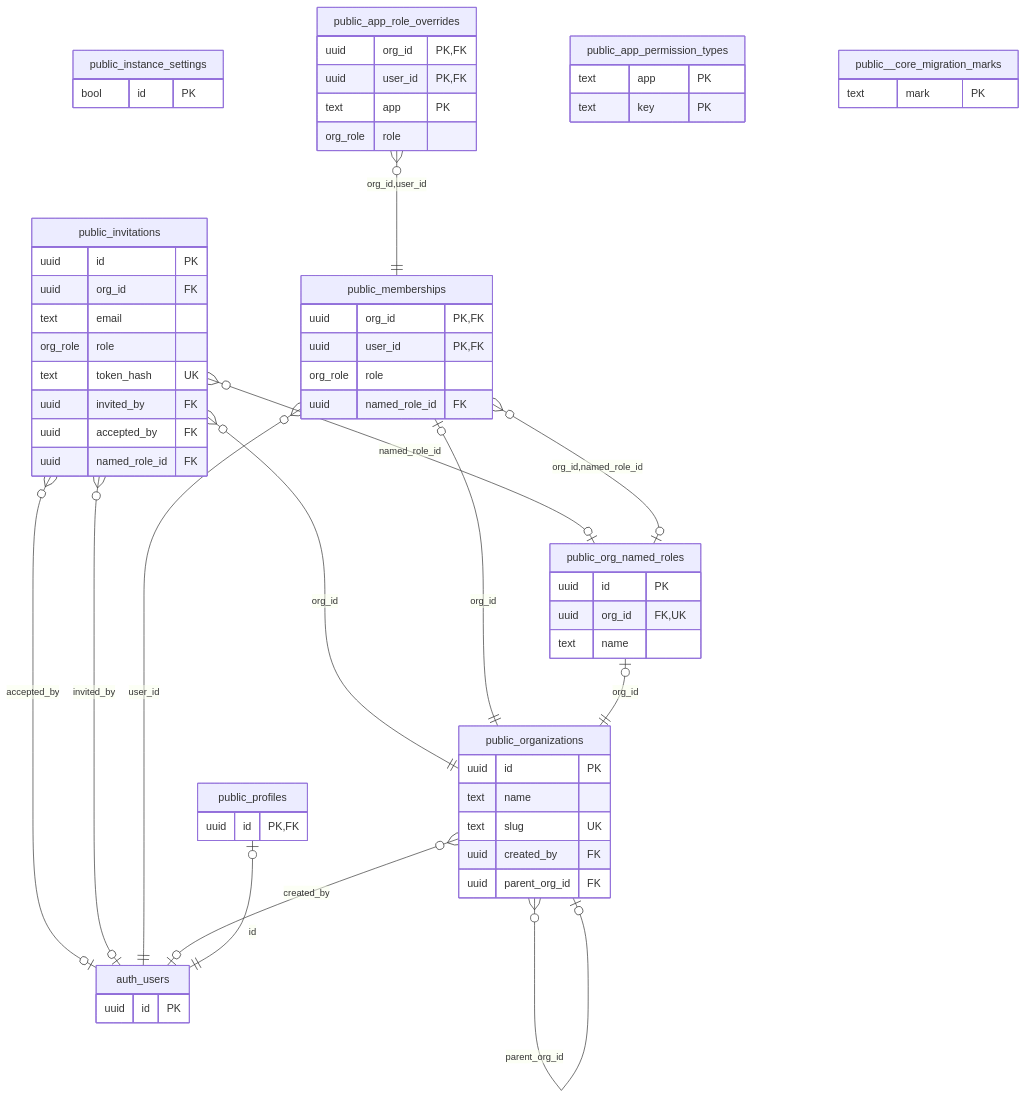
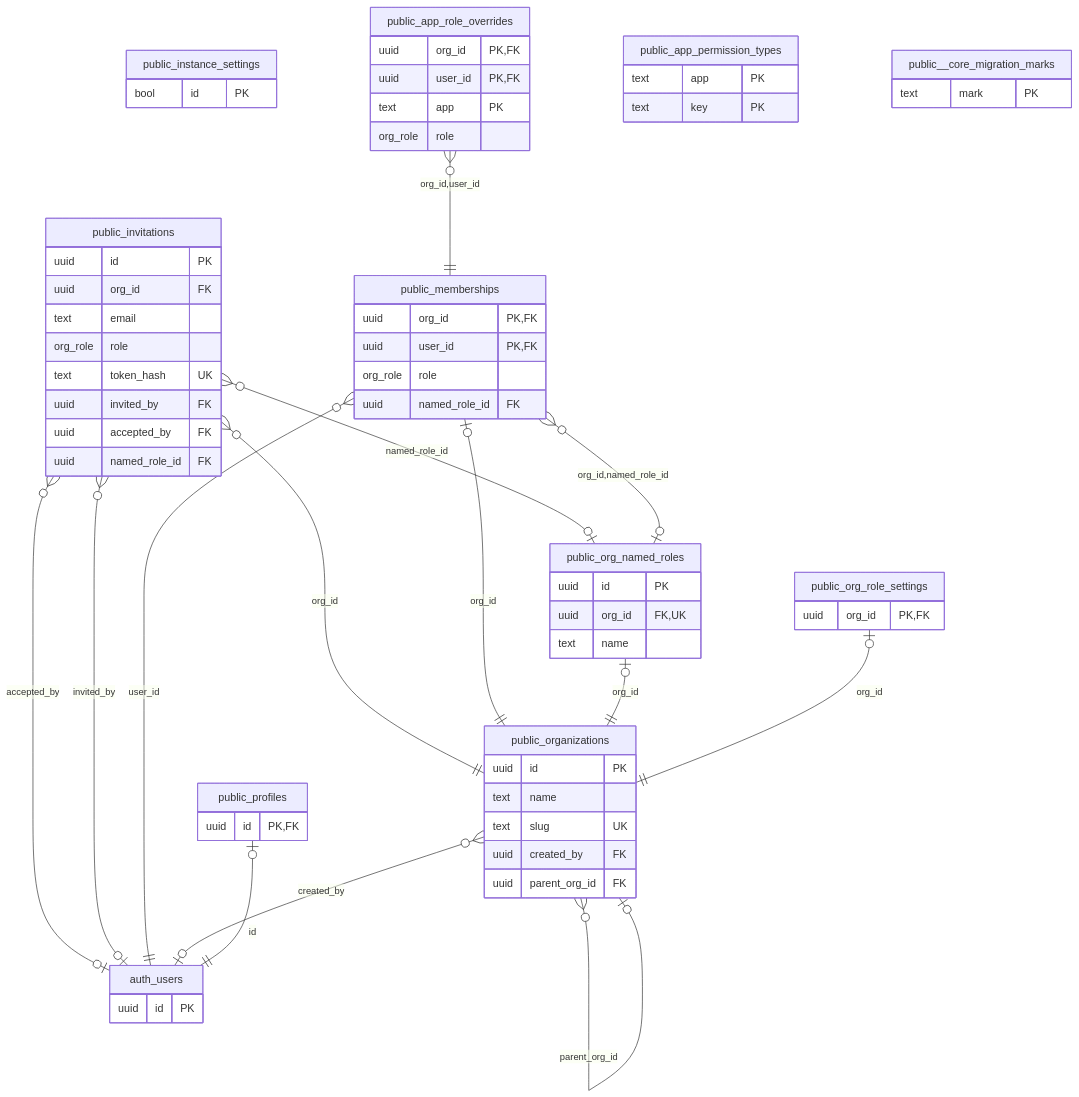
The second of 21 diagrams in docs/database-map.md (Nox-Mob/OpenAppHub), drawn with Mermaid before and after one commit. The commit also changed other lines of this file and 8 other files, not shown here.

Commit message:
docs: S-18 done, roadmap dependency map, review notes, database map

````diff
--- a/docs/database-map.md
+++ b/docs/database-map.md
@@ -104,65 +104,69 @@
 ```mermaid
 erDiagram
     public_organizations {
         uuid id PK
         text name
         text slug UK
         uuid created_by FK
         uuid parent_org_id FK
     }
     public_memberships {
         uuid org_id PK,FK
         uuid user_id PK,FK
         org_role role
         uuid named_role_id FK
     }
     public_profiles {
         uuid id PK,FK
     }
     public_invitations {
         uuid id PK
         uuid org_id FK
         text email
         org_role role
         text token_hash UK
         uuid invited_by FK
         uuid accepted_by FK
         uuid named_role_id FK
     }
     public_instance_settings {
         bool id PK
     }
     public_app_role_overrides {
         uuid org_id PK,FK
         uuid user_id PK,FK
         text app PK
         org_role role
     }
     public_org_named_roles {
         uuid id PK
         uuid org_id FK,UK
         text name
     }
+    public_org_role_settings {
+        uuid org_id PK,FK
+    }
     public_app_permission_types {
         text app PK
         text key PK
     }
     public__core_migration_marks {
         text mark PK
     }
     auth_users {
         uuid id PK
     }
     public_app_role_overrides }o--|| public_memberships : "org_id,user_id"
     public_invitations }o--o| auth_users : "accepted_by"
     public_invitations }o--o| auth_users : "invited_by"
     public_invitations }o--o| public_org_named_roles : "named_role_id"
     public_invitations }o--|| public_organizations : "org_id"
     public_memberships |o--|| public_organizations : "org_id"
     public_memberships }o--o| public_org_named_roles : "org_id,named_role_id"
     public_memberships }o--|| auth_users : "user_id"
     public_org_named_roles |o--|| public_organizations : "org_id"
+    public_org_role_settings |o--|| public_organizations : "org_id"
     public_organizations }o--o| auth_users : "created_by"
     public_organizations }o--o| public_organizations : "parent_org_id"
     public_profiles |o--|| auth_users : "id"
 ```
````
